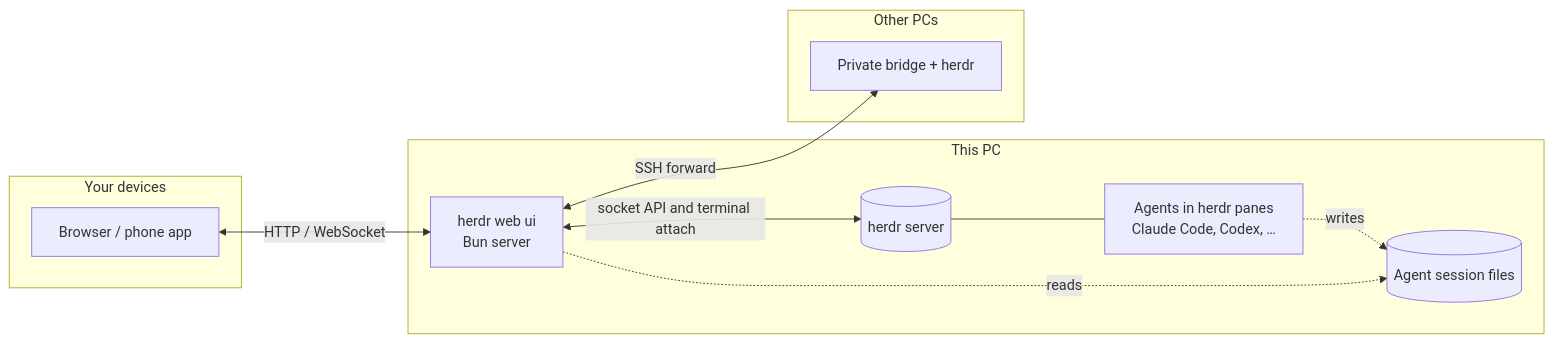
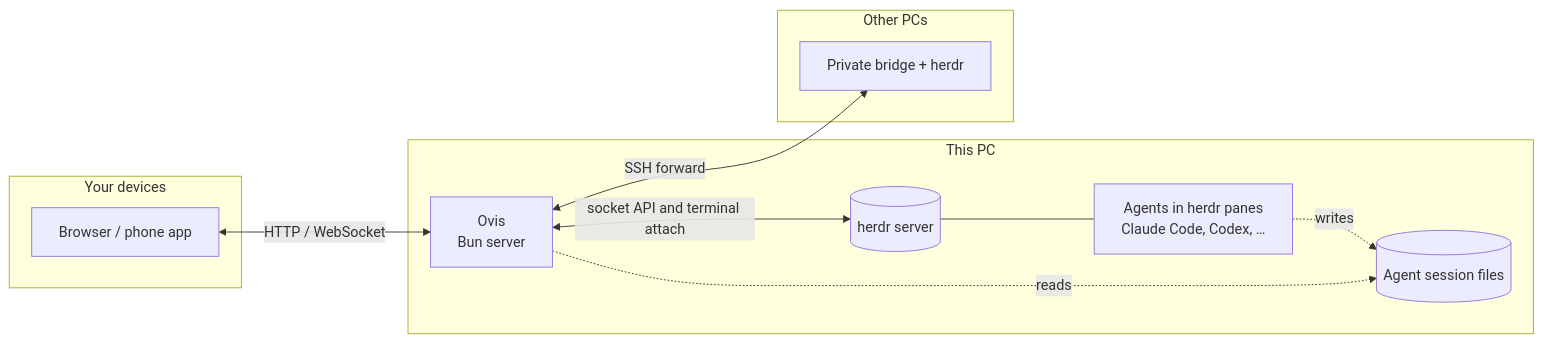
The diagram in docs/guide.md (onaries/herdr-web-ui), drawn with Mermaid before and after one commit. The commit also changed other lines of this file and 598 other files, not shown here.

````diff
--- a/docs/guide.md
+++ b/docs/guide.md
@@ -615,21 +619,21 @@
 ```mermaid
 flowchart LR
   subgraph devices [Your devices]
     B[Browser / phone app]
   end
   subgraph pc [This PC]
-    S[herdr web ui<br/>Bun server]
+    S[Ovis<br/>Bun server]
     H[(herdr server)]
     A[Agents in herdr panes<br/>Claude Code, Codex, …]
     T[(Agent session files)]
   end
   subgraph remote [Other PCs]
     R[Private bridge + herdr]
   end
   B <-- HTTP / WebSocket --> S
   S <-- socket API and terminal attach --> H
   H --- A
   A -. writes .-> T
   S -. reads .-> T
   S <-- SSH forward --> R
 ```
````
